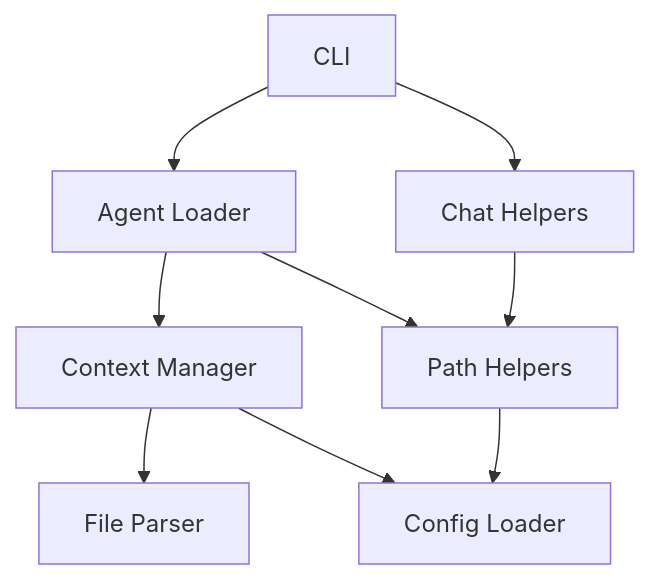
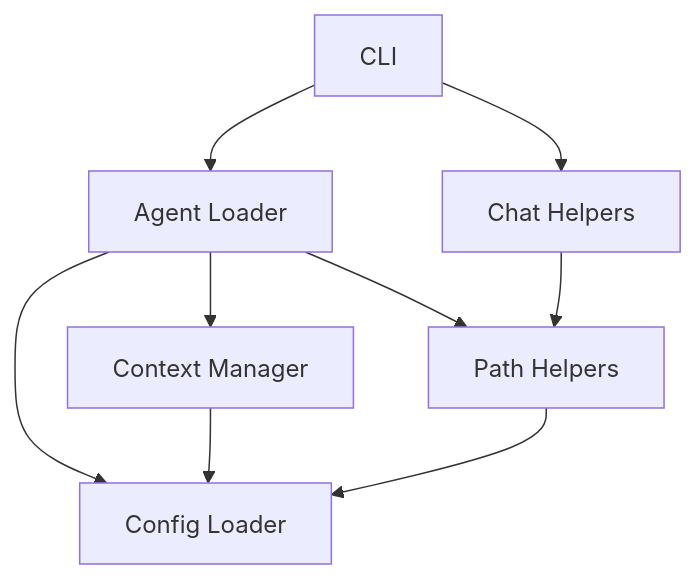
One commit to tim-o-private/llm-agent changed the second of 6 diagrams in memory-bank/systemPatterns.md. Above: the diagram before and after it, drawn with Mermaid. The commit also changed other lines of this file and 17 other files, not shown here.

````diff
--- a/memory-bank/systemPatterns.md
+++ b/memory-bank/systemPatterns.md
@@ -118,11 +117,11 @@
 ```mermaid
 graph TD
     CLI[CLI] --> AgentLoader[Agent Loader]
     CLI --> ChatHelpers[Chat Helpers]
     AgentLoader --> ContextManager[Context Manager]
     AgentLoader --> PathHelpers[Path Helpers]
+    AgentLoader --> ConfigLoader[Config Loader]
     ChatHelpers --> PathHelpers
-    ContextManager --> FileParser[File Parser]
     ContextManager --> ConfigLoader[Config Loader]
     PathHelpers --> ConfigLoader
 ```
````
